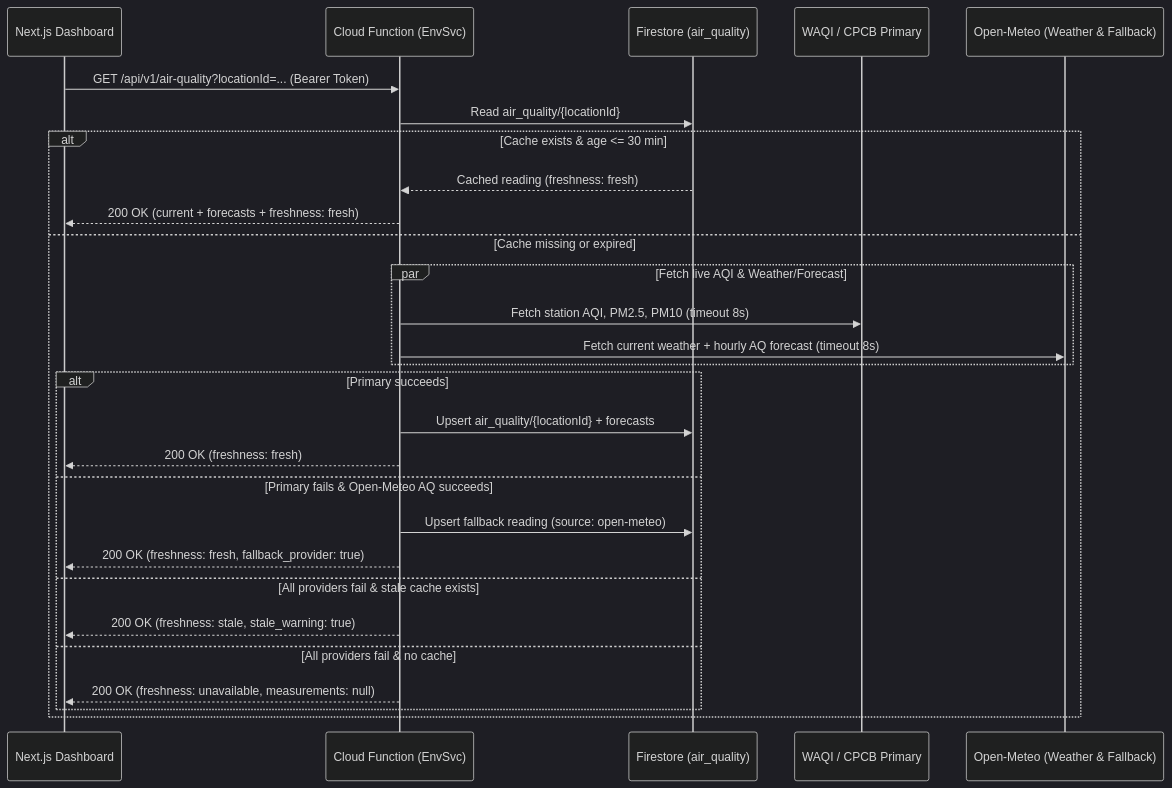
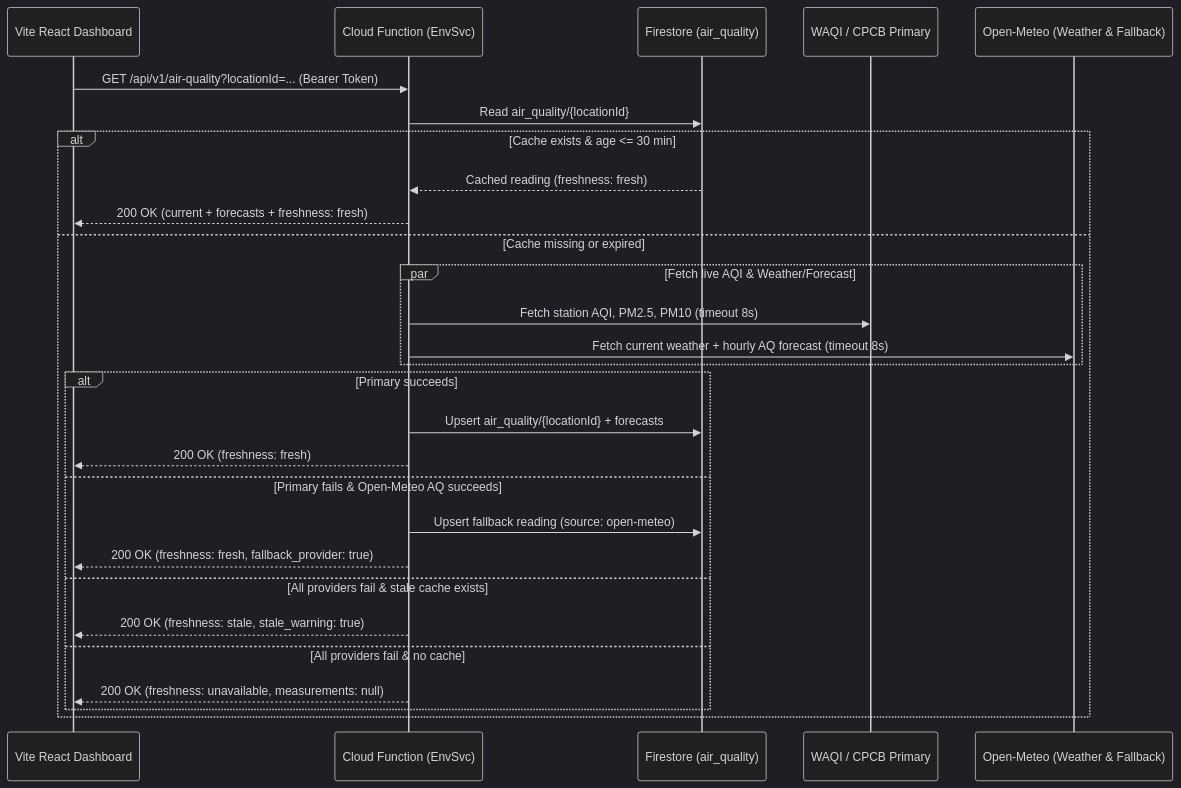
One commit to amide-init/BreathWiseAI changed the second of 2 diagrams in docs/ARCHITECTURE.md. Above: the diagram before and after it, drawn with Mermaid (dark theme). The commit also changed other lines of this file and 6 other files, not shown here.

Commit message:
refactor(docs): migrate client stack from Next.js to Vite + React + Firebase Hosting

````diff
--- a/docs/ARCHITECTURE.md
+++ b/docs/ARCHITECTURE.md
@@ -125,31 +126,31 @@
 ```mermaid
 sequenceDiagram
-    participant U as Next.js Dashboard
+    participant U as Vite React Dashboard
     participant CF as Cloud Function (EnvSvc)
     participant FS as Firestore (air_quality)
     participant P1 as WAQI / CPCB Primary
     participant P2 as Open-Meteo (Weather & Fallback)
 
     U->>CF: GET /api/v1/air-quality?locationId=... (Bearer Token)
     CF->>FS: Read air_quality/{locationId}
     alt Cache exists & age <= 30 min
         FS-->>CF: Cached reading (freshness: fresh)
         CF-->>U: 200 OK (current + forecasts + freshness: fresh)
     else Cache missing or expired
         par Fetch live AQI & Weather/Forecast
             CF->>P1: Fetch station AQI, PM2.5, PM10 (timeout 8s)
             CF->>P2: Fetch current weather + hourly AQ forecast (timeout 8s)
         end
         alt Primary succeeds
             CF->>FS: Upsert air_quality/{locationId} + forecasts
             CF-->>U: 200 OK (freshness: fresh)
         else Primary fails & Open-Meteo AQ succeeds
             CF->>FS: Upsert fallback reading (source: open-meteo)
             CF-->>U: 200 OK (freshness: fresh, fallback_provider: true)
         else All providers fail & stale cache exists
             CF-->>U: 200 OK (freshness: stale, stale_warning: true)
         else All providers fail & no cache
             CF-->>U: 200 OK (freshness: unavailable, measurements: null)
         end
     end
 ```
````
